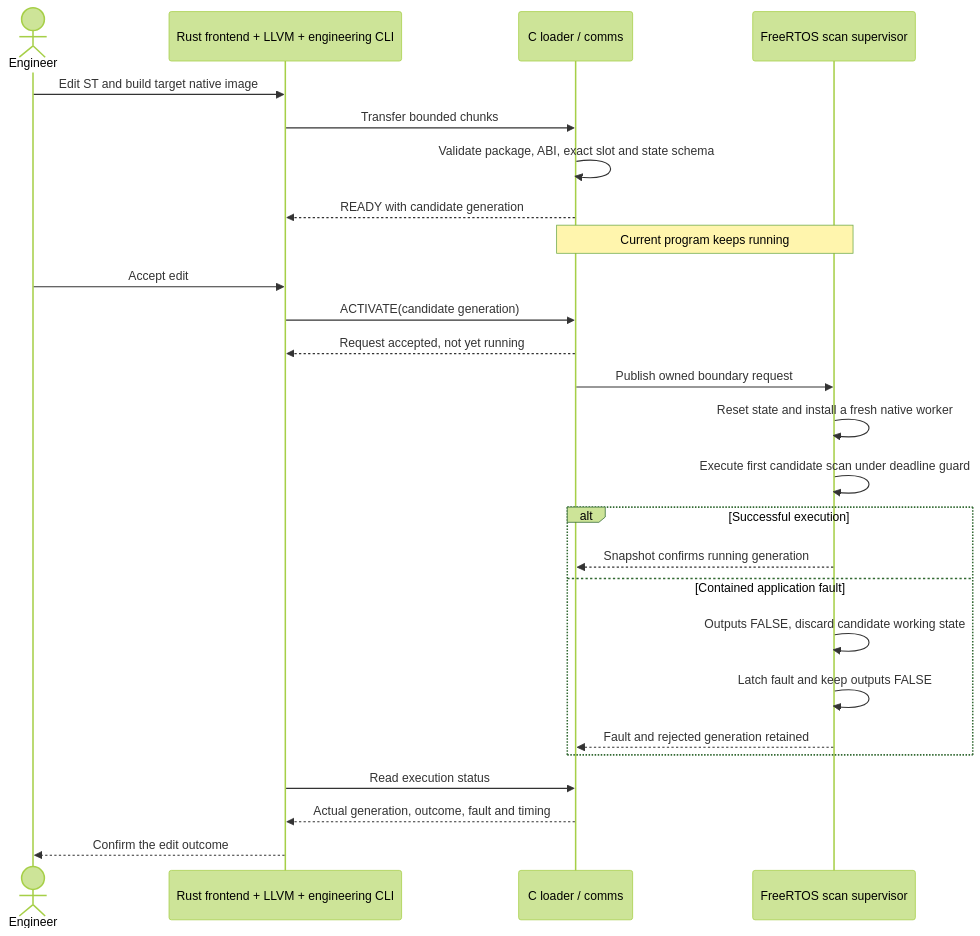
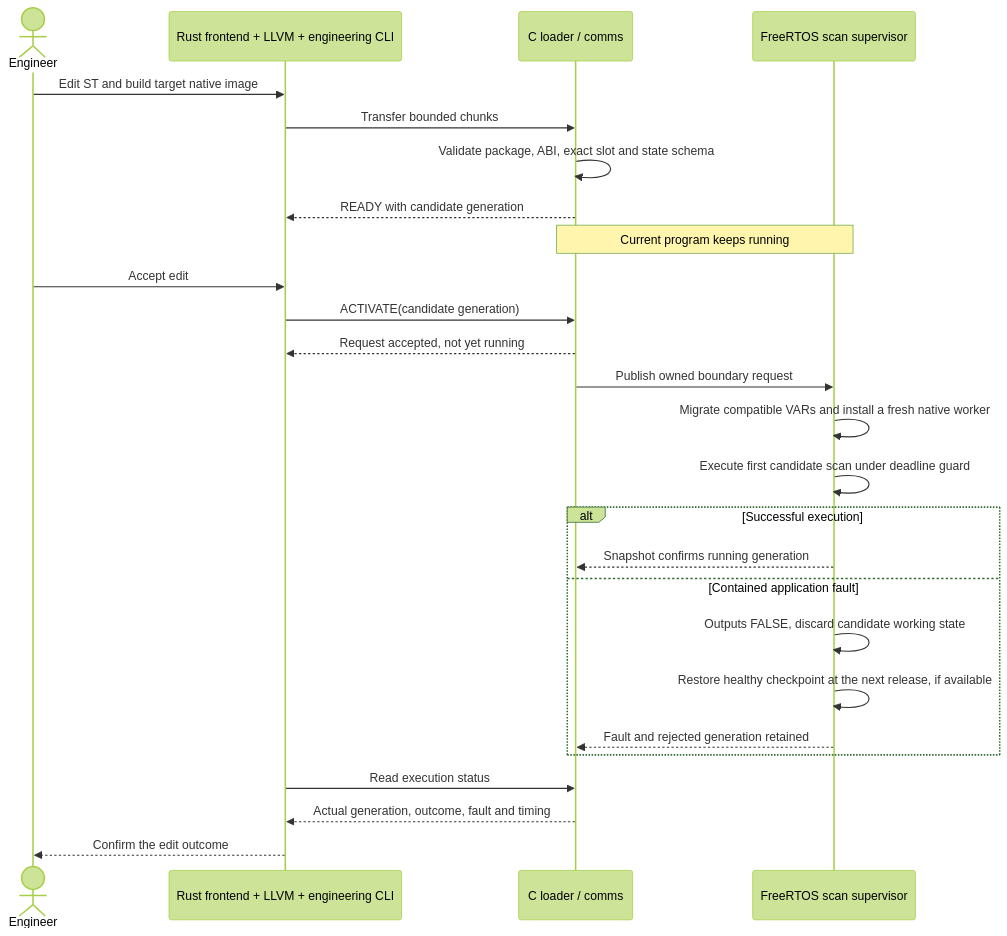
One commit to sergiogallegos/tinyplc changed the third of 3 diagrams in README.md. Above: the diagram before and after it, drawn with Mermaid (forest theme). The commit also changed other lines of this file and 49 other files, not shown here.

````diff
--- a/README.md
+++ b/README.md
@@ -146,28 +154,28 @@
 ```mermaid
 sequenceDiagram
   actor User as Engineer
   participant PC as Rust frontend + LLVM + engineering CLI
   participant Loader as C loader / comms
   participant Scan as FreeRTOS scan supervisor
   User->>PC: Edit ST and build target native image
   PC->>Loader: Transfer bounded chunks
   Loader->>Loader: Validate package, ABI, exact slot and state schema
   Loader-->>PC: READY with candidate generation
   Note over Loader,Scan: Current program keeps running
   User->>PC: Accept edit
   PC->>Loader: ACTIVATE(candidate generation)
   Loader-->>PC: Request accepted, not yet running
   Loader->>Scan: Publish owned boundary request
-  Scan->>Scan: Reset state and install a fresh native worker
+  Scan->>Scan: Migrate compatible VARs and install a fresh native worker
   Scan->>Scan: Execute first candidate scan under deadline guard
   alt Successful execution
     Scan-->>Loader: Snapshot confirms running generation
   else Contained application fault
     Scan->>Scan: Outputs FALSE, discard candidate working state
-    Scan->>Scan: Latch fault and keep outputs FALSE
+    Scan->>Scan: Restore healthy checkpoint at the next release, if available
     Scan-->>Loader: Fault and rejected generation retained
   end
   PC->>Loader: Read execution status
   Loader-->>PC: Actual generation, outcome, fault and timing
   PC-->>User: Confirm the edit outcome
 ```
````
